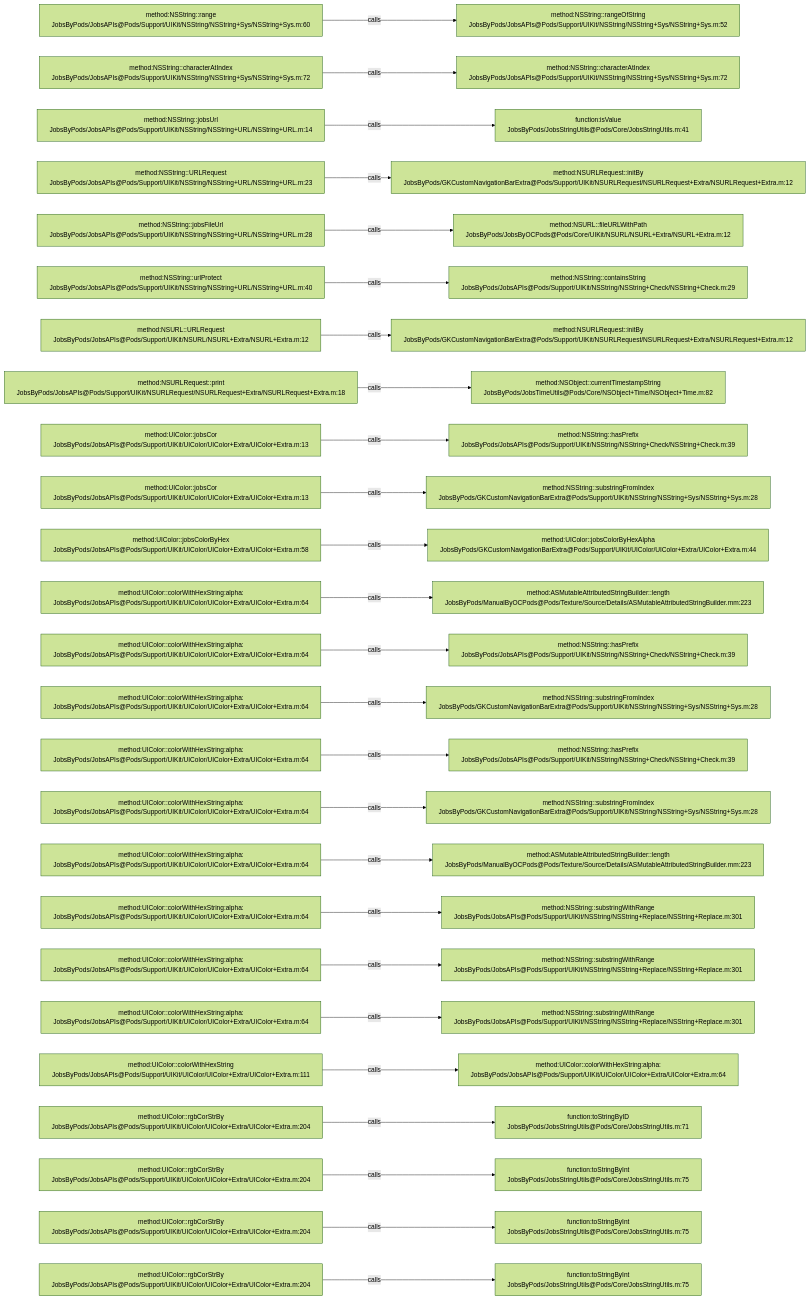
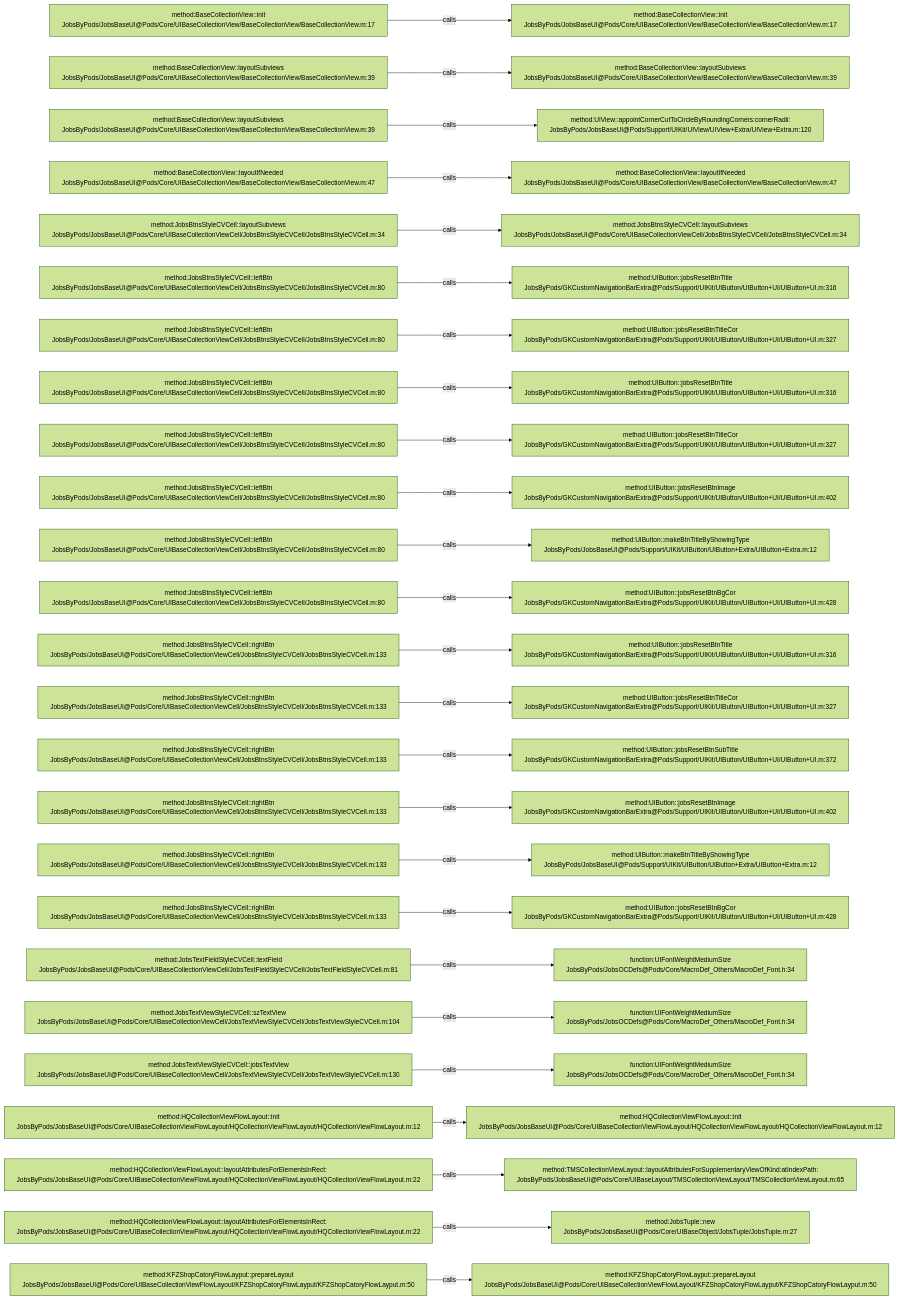
One commit to JobsKits/JobsOCBaseConfigDemo changed the diagram in .codegraph/codegraph.md/graphs/calls-015.md. Above: the diagram before and after it, drawn with Mermaid (forest theme). The commit also changed 573 other files, not shown here.

````diff
--- a/.codegraph/codegraph.md/graphs/calls-015.md
+++ b/.codegraph/codegraph.md/graphs/calls-015.md
@@ -13,78 +13,78 @@
 ```mermaid
 flowchart LR
-  S1["method:NSString::range<br/>JobsByPods/JobsAPIs@Pods/Support/UIKit/NSString/NSString+Sys/NSString+Sys.m:60"]
-  T1["method:NSString::rangeOfString<br/>JobsByPods/JobsAPIs@Pods/Support/UIKit/NSString/NSString+Sys/NSString+Sys.m:52"]
+  S1["method:BaseCollectionView::init<br/>JobsByPods/JobsBaseUI@Pods/Core/UIBaseCollectionView/BaseCollectionView/BaseCollectionView.m:17"]
+  T1["method:BaseCollectionView::init<br/>JobsByPods/JobsBaseUI@Pods/Core/UIBaseCollectionView/BaseCollectionView/BaseCollectionView.m:17"]
   S1 -->|calls| T1
-  S2["method:NSString::characterAtIndex<br/>JobsByPods/JobsAPIs@Pods/Support/UIKit/NSString/NSString+Sys/NSString+Sys.m:72"]
-  T2["method:NSString::characterAtIndex<br/>JobsByPods/JobsAPIs@Pods/Support/UIKit/NSString/NSString+Sys/NSString+Sys.m:72"]
+  S2["method:BaseCollectionView::layoutSubviews<br/>JobsByPods/JobsBaseUI@Pods/Core/UIBaseCollectionView/BaseCollectionView/BaseCollectionView.m:39"]
+  T2["method:BaseCollectionView::layoutSubviews<br/>JobsByPods/JobsBaseUI@Pods/Core/UIBaseCollectionView/BaseCollectionView/BaseCollectionView.m:39"]
   S2 -->|calls| T2
-  S3["method:NSString::jobsUrl<br/>JobsByPods/JobsAPIs@Pods/Support/UIKit/NSString/NSString+URL/NSString+URL.m:14"]
-  T3["function:isValue<br/>JobsByPods/JobsStringUtils@Pods/Core/JobsStringUtils.m:41"]
+  S3["method:BaseCollectionView::layoutSubviews<br/>JobsByPods/JobsBaseUI@Pods/Core/UIBaseCollectionView/BaseCollectionView/BaseCollectionView.m:39"]
+  T3["method:UIView::appointCornerCutToCircleByRoundingCorners:cornerRadii:<br/>JobsByPods/JobsBaseUI@Pods/Support/UIKit/UIView/UIView+Extra/UIView+Extra.m:120"]
   S3 -->|calls| T3
-  S4["method:NSString::URLRequest<br/>JobsByPods/JobsAPIs@Pods/Support/UIKit/NSString/NSString+URL/NSString+URL.m:23"]
-  T4["method:NSURLRequest::initBy<br/>JobsByPods/GKCustomNavigationBarExtra@Pods/Support/UIKit/NSURLRequest/NSURLRequest+Extra/NSURLRequest+Extra.m:12"]
+  S4["method:BaseCollectionView::layoutIfNeeded<br/>JobsByPods/JobsBaseUI@Pods/Core/UIBaseCollectionView/BaseCollectionView/BaseCollectionView.m:47"]
+  T4["method:BaseCollectionView::layoutIfNeeded<br/>JobsByPods/JobsBaseUI@Pods/Core/UIBaseCollectionView/BaseCollectionView/BaseCollectionView.m:47"]
   S4 -->|calls| T4
-  S5["method:NSString::jobsFileUrl<br/>JobsByPods/JobsAPIs@Pods/Support/UIKit/NSString/NSString+URL/NSString+URL.m:28"]
-  T5["method:NSURL::fileURLWithPath<br/>JobsByPods/JobsByOCPods@Pods/Core/UIKit/NSURL/NSURL+Extra/NSURL+Extra.m:12"]
+  S5["method:JobsBtnsStyleCVCell::layoutSubviews<br/>JobsByPods/JobsBaseUI@Pods/Core/UIBaseCollectionViewCell/JobsBtnsStyleCVCell/JobsBtnsStyleCVCell.m:34"]
+  T5["method:JobsBtnsStyleCVCell::layoutSubviews<br/>JobsByPods/JobsBaseUI@Pods/Core/UIBaseCollectionViewCell/JobsBtnsStyleCVCell/JobsBtnsStyleCVCell.m:34"]
   S5 -->|calls| T5
-  S6["method:NSString::urlProtect<br/>JobsByPods/JobsAPIs@Pods/Support/UIKit/NSString/NSString+URL/NSString+URL.m:40"]
-  T6["method:NSString::containsString<br/>JobsByPods/JobsAPIs@Pods/Support/UIKit/NSString/NSString+Check/NSString+Check.m:29"]
+  S6["method:JobsBtnsStyleCVCell::leftBtn<br/>JobsByPods/JobsBaseUI@Pods/Core/UIBaseCollectionViewCell/JobsBtnsStyleCVCell/JobsBtnsStyleCVCell.m:80"]
+  T6["method:UIButton::jobsResetBtnTitle<br/>JobsByPods/GKCustomNavigationBarExtra@Pods/Support/UIKit/UIButton/UIButton+UI/UIButton+UI.m:316"]
   S6 -->|calls| T6
-  S7["method:NSURL::URLRequest<br/>JobsByPods/JobsAPIs@Pods/Support/UIKit/NSURL/NSURL+Extra/NSURL+Extra.m:12"]
-  T7["method:NSURLRequest::initBy<br/>JobsByPods/GKCustomNavigationBarExtra@Pods/Support/UIKit/NSURLRequest/NSURLRequest+Extra/NSURLRequest+Extra.m:12"]
+  S7["method:JobsBtnsStyleCVCell::leftBtn<br/>JobsByPods/JobsBaseUI@Pods/Core/UIBaseCollectionViewCell/JobsBtnsStyleCVCell/JobsBtnsStyleCVCell.m:80"]
+  T7["method:UIButton::jobsResetBtnTitleCor<br/>JobsByPods/GKCustomNavigationBarExtra@Pods/Support/UIKit/UIButton/UIButton+UI/UIButton+UI.m:327"]
   S7 -->|calls| T7
-  S8["method:NSURLRequest::print<br/>JobsByPods/JobsAPIs@Pods/Support/UIKit/NSURLRequest/NSURLRequest+Extra/NSURLRequest+Extra.m:18"]
-  T8["method:NSObject::currentTimestampString<br/>JobsByPods/JobsTimeUtils@Pods/Core/NSObject+Time/NSObject+Time.m:82"]
+  S8["method:JobsBtnsStyleCVCell::leftBtn<br/>JobsByPods/JobsBaseUI@Pods/Core/UIBaseCollectionViewCell/JobsBtnsStyleCVCell/JobsBtnsStyleCVCell.m:80"]
+  T8["method:UIButton::jobsResetBtnTitle<br/>JobsByPods/GKCustomNavigationBarExtra@Pods/Support/UIKit/UIButton/UIButton+UI/UIButton+UI.m:316"]
   S8 -->|calls| T8
-  S9["method:UIColor::jobsCor<br/>JobsByPods/JobsAPIs@Pods/Support/UIKit/UIColor/UIColor+Extra/UIColor+Extra.m:13"]
-  T9["method:NSString::hasPrefix<br/>JobsByPods/JobsAPIs@Pods/Support/UIKit/NSString/NSString+Check/NSString+Check.m:39"]
+  S9["method:JobsBtnsStyleCVCell::leftBtn<br/>JobsByPods/JobsBaseUI@Pods/Core/UIBaseCollectionViewCell/JobsBtnsStyleCVCell/JobsBtnsStyleCVCell.m:80"]
+  T9["method:UIButton::jobsResetBtnTitleCor<br/>JobsByPods/GKCustomNavigationBarExtra@Pods/Support/UIKit/UIButton/UIButton+UI/UIButton+UI.m:327"]
   S9 -->|calls| T9
-  S10["method:UIColor::jobsCor<br/>JobsByPods/JobsAPIs@Pods/Support/UIKit/UIColor/UIColor+Extra/UIColor+Extra.m:13"]
-  T10["method:NSString::substringFromIndex<br/>JobsByPods/GKCustomNavigationBarExtra@Pods/Support/UIKit/NSString/NSString+Sys/NSString+Sys.m:28"]
+  S10["method:JobsBtnsStyleCVCell::leftBtn<br/>JobsByPods/JobsBaseUI@Pods/Core/UIBaseCollectionViewCell/JobsBtnsStyleCVCell/JobsBtnsStyleCVCell.m:80"]
+  T10["method:UIButton::jobsResetBtnImage<br/>JobsByPods/GKCustomNavigationBarExtra@Pods/Support/UIKit/UIButton/UIButton+UI/UIButton+UI.m:402"]
   S10 -->|calls| T10
-  S11["method:UIColor::jobsColorByHex<br/>JobsByPods/JobsAPIs@Pods/Support/UIKit/UIColor/UIColor+Extra/UIColor+Extra.m:58"]
-  T11["method:UIColor::jobsColorByHexAlpha<br/>JobsByPods/GKCustomNavigationBarExtra@Pods/Support/UIKit/UIColor/UIColor+Extra/UIColor+Extra.m:44"]
+  S11["method:JobsBtnsStyleCVCell::leftBtn<br/>JobsByPods/JobsBaseUI@Pods/Core/UIBaseCollectionViewCell/JobsBtnsStyleCVCell/JobsBtnsStyleCVCell.m:80"]
+  T11["method:UIButton::makeBtnTitleByShowingType<br/>JobsByPods/JobsBaseUI@Pods/Support/UIKit/UIButton/UIButton+Extra/UIButton+Extra.m:12"]
   S11 -->|calls| T11
-  S12["method:UIColor::colorWithHexString:alpha:<br/>JobsByPods/JobsAPIs@Pods/Support/UIKit/UIColor/UIColor+Extra/UIColor+Extra.m:64"]
-  T12["method:ASMutableAttributedStringBuilder::length<br/>JobsByPods/ManualByOCPods@Pods/Texture/Source/Details/ASMutableAttributedStringBuilder.mm:223"]
+  S12["method:JobsBtnsStyleCVCell::leftBtn<br/>JobsByPods/JobsBaseUI@Pods/Core/UIBaseCollectionViewCell/JobsBtnsStyleCVCell/JobsBtnsStyleCVCell.m:80"]
+  T12["method:UIButton::jobsResetBtnBgCor<br/>JobsByPods/GKCustomNavigationBarExtra@Pods/Support/UIKit/UIButton/UIButton+UI/UIButton+UI.m:428"]
   S12 -->|calls| T12
-  S13["method:UIColor::colorWithHexString:alpha:<br/>JobsByPods/JobsAPIs@Pods/Support/UIKit/UIColor/UIColor+Extra/UIColor+Extra.m:64"]
-  T13["method:NSString::hasPrefix<br/>JobsByPods/JobsAPIs@Pods/Support/UIKit/NSString/NSString+Check/NSString+Check.m:39"]
+  S13["method:JobsBtnsStyleCVCell::rightBtn<br/>JobsByPods/JobsBaseUI@Pods/Core/UIBaseCollectionViewCell/JobsBtnsStyleCVCell/JobsBtnsStyleCVCell.m:133"]
+  T13["method:UIButton::jobsResetBtnTitle<br/>JobsByPods/GKCustomNavigationBarExtra@Pods/Support/UIKit/UIButton/UIButton+UI/UIButton+UI.m:316"]
   S13 -->|calls| T13
-  S14["method:UIColor::colorWithHexString:alpha:<br/>JobsByPods/JobsAPIs@Pods/Support/UIKit/UIColor/UIColor+Extra/UIColor+Extra.m:64"]
-  T14["method:NSString::substringFromIndex<br/>JobsByPods/GKCustomNavigationBarExtra@Pods/Support/UIKit/NSString/NSString+Sys/NSString+Sys.m:28"]
+  S14["method:JobsBtnsStyleCVCell::rightBtn<br/>JobsByPods/JobsBaseUI@Pods/Core/UIBaseCollectionViewCell/JobsBtnsStyleCVCell/JobsBtnsStyleCVCell.m:133"]
+  T14["method:UIButton::jobsResetBtnTitleCor<br/>JobsByPods/GKCustomNavigationBarExtra@Pods/Support/UIKit/UIButton/UIButton+UI/UIButton+UI.m:327"]
   S14 -->|calls| T14
-  S15["method:UIColor::colorWithHexString:alpha:<br/>JobsByPods/JobsAPIs@Pods/Support/UIKit/UIColor/UIColor+Extra/UIColor+Extra.m:64"]
-  T15["method:NSString::hasPrefix<br/>JobsByPods/JobsAPIs@Pods/Support/UIKit/NSString/NSString+Check/NSString+Check.m:39"]
+  S15["method:JobsBtnsStyleCVCell::rightBtn<br/>JobsByPods/JobsBaseUI@Pods/Core/UIBaseCollectionViewCell/JobsBtnsStyleCVCell/JobsBtnsStyleCVCell.m:133"]
+  T15["method:UIButton::jobsResetBtnSubTitle<br/>JobsByPods/GKCustomNavigationBarExtra@Pods/Support/UIKit/UIButton/UIButton+UI/UIButton+UI.m:372"]
   S15 -->|calls| T15
-  S16["method:UIColor::colorWithHexString:alpha:<br/>JobsByPods/JobsAPIs@Pods/Support/UIKit/UIColor/UIColor+Extra/UIColor+Extra.m:64"]
-  T16["method:NSString::substringFromIndex<br/>JobsByPods/GKCustomNavigationBarExtra@Pods/Support/UIKit/NSString/NSString+Sys/NSString+Sys.m:28"]
+  S16["method:JobsBtnsStyleCVCell::rightBtn<br/>JobsByPods/JobsBaseUI@Pods/Core/UIBaseCollectionViewCell/JobsBtnsStyleCVCell/JobsBtnsStyleCVCell.m:133"]
+  T16["method:UIButton::jobsResetBtnImage<br/>JobsByPods/GKCustomNavigationBarExtra@Pods/Support/UIKit/UIButton/UIButton+UI/UIButton+UI.m:402"]
   S16 -->|calls| T16
-  S17["method:UIColor::colorWithHexString:alpha:<br/>JobsByPods/JobsAPIs@Pods/Support/UIKit/UIColor/UIColor+Extra/UIColor+Extra.m:64"]
-  T17["method:ASMutableAttributedStringBuilder::length<br/>JobsByPods/ManualByOCPods@Pods/Texture/Source/Details/ASMutableAttributedStringBuilder.mm:223"]
+  S17["method:JobsBtnsStyleCVCell::rightBtn<br/>JobsByPods/JobsBaseUI@Pods/Core/UIBaseCollectionViewCell/JobsBtnsStyleCVCell/JobsBtnsStyleCVCell.m:133"]
+  T17["method:UIButton::makeBtnTitleByShowingType<br/>JobsByPods/JobsBaseUI@Pods/Support/UIKit/UIButton/UIButton+Extra/UIButton+Extra.m:12"]
   S17 -->|calls| T17
-  S18["method:UIColor::colorWithHexString:alpha:<br/>JobsByPods/JobsAPIs@Pods/Support/UIKit/UIColor/UIColor+Extra/UIColor+Extra.m:64"]
-  T18["method:NSString::substringWithRange<br/>JobsByPods/JobsAPIs@Pods/Support/UIKit/NSString/NSString+Replace/NSString+Replace.m:301"]
+  S18["method:JobsBtnsStyleCVCell::rightBtn<br/>JobsByPods/JobsBaseUI@Pods/Core/UIBaseCollectionViewCell/JobsBtnsStyleCVCell/JobsBtnsStyleCVCell.m:133"]
+  T18["method:UIButton::jobsResetBtnBgCor<br/>JobsByPods/GKCustomNavigationBarExtra@Pods/Support/UIKit/UIButton/UIButton+UI/UIButton+UI.m:428"]
   S18 -->|calls| T18
-  S19["method:UIColor::colorWithHexString:alpha:<br/>JobsByPods/JobsAPIs@Pods/Support/UIKit/UIColor/UIColor+Extra/UIColor+Extra.m:64"]
-  T19["method:NSString::substringWithRange<br/>JobsByPods/JobsAPIs@Pods/Support/UIKit/NSString/NSString+Replace/NSString+Replace.m:301"]
+  S19["method:JobsTextFieldStyleCVCell::textField<br/>JobsByPods/JobsBaseUI@Pods/Core/UIBaseCollectionViewCell/JobsTextFieldStyleCVCell/JobsTextFieldStyleCVCell.m:81"]
+  T19["function:UIFontWeightMediumSize<br/>JobsByPods/JobsOCDefs@Pods/Core/MacroDef_Others/MacroDef_Font.h:34"]
   S19 -->|calls| T19
-  S20["method:UIColor::colorWithHexString:alpha:<br/>JobsByPods/JobsAPIs@Pods/Support/UIKit/UIColor/UIColor+Extra/UIColor+Extra.m:64"]
-  T20["method:NSString::substringWithRange<br/>JobsByPods/JobsAPIs@Pods/Support/UIKit/NSString/NSString+Replace/NSString+Replace.m:301"]
+  S20["method:JobsTextViewStyleCVCell::szTextView<br/>JobsByPods/JobsBaseUI@Pods/Core/UIBaseCollectionViewCell/JobsTextViewStyleCVCell/JobsTextViewStyleCVCell.m:104"]
+  T20["function:UIFontWeightMediumSize<br/>JobsByPods/JobsOCDefs@Pods/Core/MacroDef_Others/MacroDef_Font.h:34"]
   S20 -->|calls| T20
-  S21["method:UIColor::colorWithHexString<br/>JobsByPods/JobsAPIs@Pods/Support/UIKit/UIColor/UIColor+Extra/UIColor+Extra.m:111"]
-  T21["method:UIColor::colorWithHexString:alpha:<br/>JobsByPods/JobsAPIs@Pods/Support/UIKit/UIColor/UIColor+Extra/UIColor+Extra.m:64"]
+  S21["method:JobsTextViewStyleCVCell::jobsTextView<br/>JobsByPods/JobsBaseUI@Pods/Core/UIBaseCollectionViewCell/JobsTextViewStyleCVCell/JobsTextViewStyleCVCell.m:130"]
+  T21["function:UIFontWeightMediumSize<br/>JobsByPods/JobsOCDefs@Pods/Core/MacroDef_Others/MacroDef_Font.h:34"]
   S21 -->|calls| T21
-  S22["method:UIColor::rgbCorStrBy<br/>JobsByPods/JobsAPIs@Pods/Support/UIKit/UIColor/UIColor+Extra/UIColor+Extra.m:204"]
-  T22["function:toStringByID<br/>JobsByPods/JobsStringUtils@Pods/Core/JobsStringUtils.m:71"]
+  S22["method:HQCollectionViewFlowLayout::init<br/>JobsByPods/JobsBaseUI@Pods/Core/UIBaseCollectionViewFlowLayout/HQCollectionViewFlowLayout/HQCollectionViewFlowLayout.m:12"]
+  T22["method:HQCollectionViewFlowLayout::init<br/>JobsByPods/JobsBaseUI@Pods/Core/UIBaseCollectionViewFlowLayout/HQCollectionViewFlowLayout/HQCollectionViewFlowLayout.m:12"]
   S22 -->|calls| T22
-  S23["method:UIColor::rgbCorStrBy<br/>JobsByPods/JobsAPIs@Pods/Support/UIKit/UIColor/UIColor+Extra/UIColor+Extra.m:204"]
-  T23["function:toStringByInt<br/>JobsByPods/JobsStringUtils@Pods/Core/JobsStringUtils.m:75"]
+  S23["method:HQCollectionViewFlowLayout::layoutAttributesForElementsInRect:<br/>JobsByPods/JobsBaseUI@Pods/Core/UIBaseCollectionViewFlowLayout/HQCollectionViewFlowLayout/HQCollectionViewFlowLayout.m:22"]
+  T23["method:TMSCollectionViewLayout::layoutAttributesForSupplementaryViewOfKind:atIndexPath:<br/>JobsByPods/JobsBaseUI@Pods/Core/UIBaseLayout/TMSCollectionViewLayout/TMSCollectionViewLayout.m:65"]
   S23 -->|calls| T23
-  S24["method:UIColor::rgbCorStrBy<br/>JobsByPods/JobsAPIs@Pods/Support/UIKit/UIColor/UIColor+Extra/UIColor+Extra.m:204"]
-  T24["function:toStringByInt<br/>JobsByPods/JobsStringUtils@Pods/Core/JobsStringUtils.m:75"]
+  S24["method:HQCollectionViewFlowLayout::layoutAttributesForElementsInRect:<br/>JobsByPods/JobsBaseUI@Pods/Core/UIBaseCollectionViewFlowLayout/HQCollectionViewFlowLayout/HQCollectionViewFlowLayout.m:22"]
+  T24["method:JobsTuple::new<br/>JobsByPods/JobsBaseUI@Pods/Core/UIBaseObject/JobsTuple/JobsTuple.m:27"]
   S24 -->|calls| T24
-  S25["method:UIColor::rgbCorStrBy<br/>JobsByPods/JobsAPIs@Pods/Support/UIKit/UIColor/UIColor+Extra/UIColor+Extra.m:204"]
-  T25["function:toStringByInt<br/>JobsByPods/JobsStringUtils@Pods/Core/JobsStringUtils.m:75"]
+  S25["method:KFZShopCatoryFlowLayput::prepareLayout<br/>JobsByPods/JobsBaseUI@Pods/Core/UIBaseCollectionViewFlowLayout/KFZShopCatoryFlowLayput/KFZShopCatoryFlowLayput.m:50"]
+  T25["method:KFZShopCatoryFlowLayput::prepareLayout<br/>JobsByPods/JobsBaseUI@Pods/Core/UIBaseCollectionViewFlowLayout/KFZShopCatoryFlowLayput/KFZShopCatoryFlowLayput.m:50"]
   S25 -->|calls| T25
 ```
````
